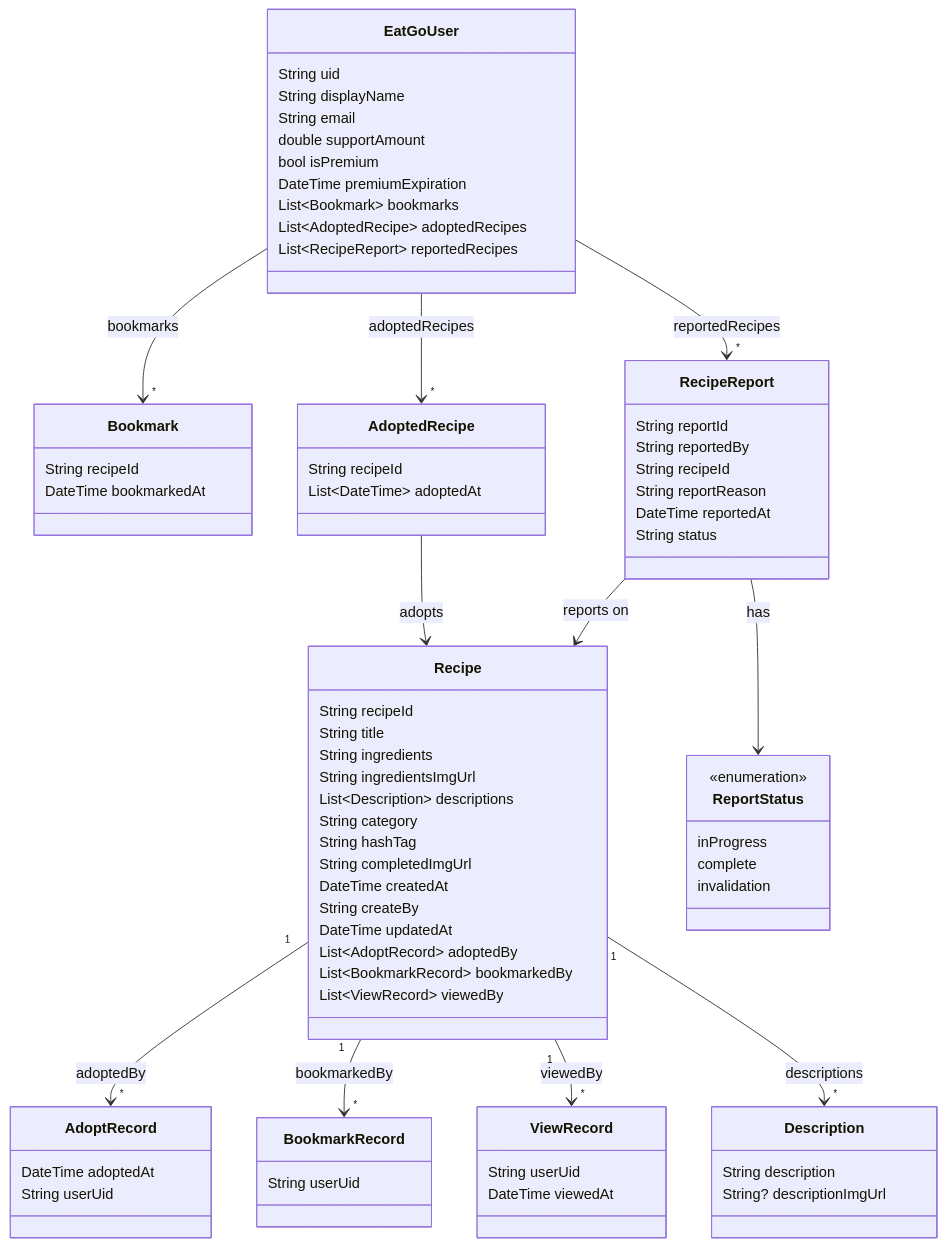
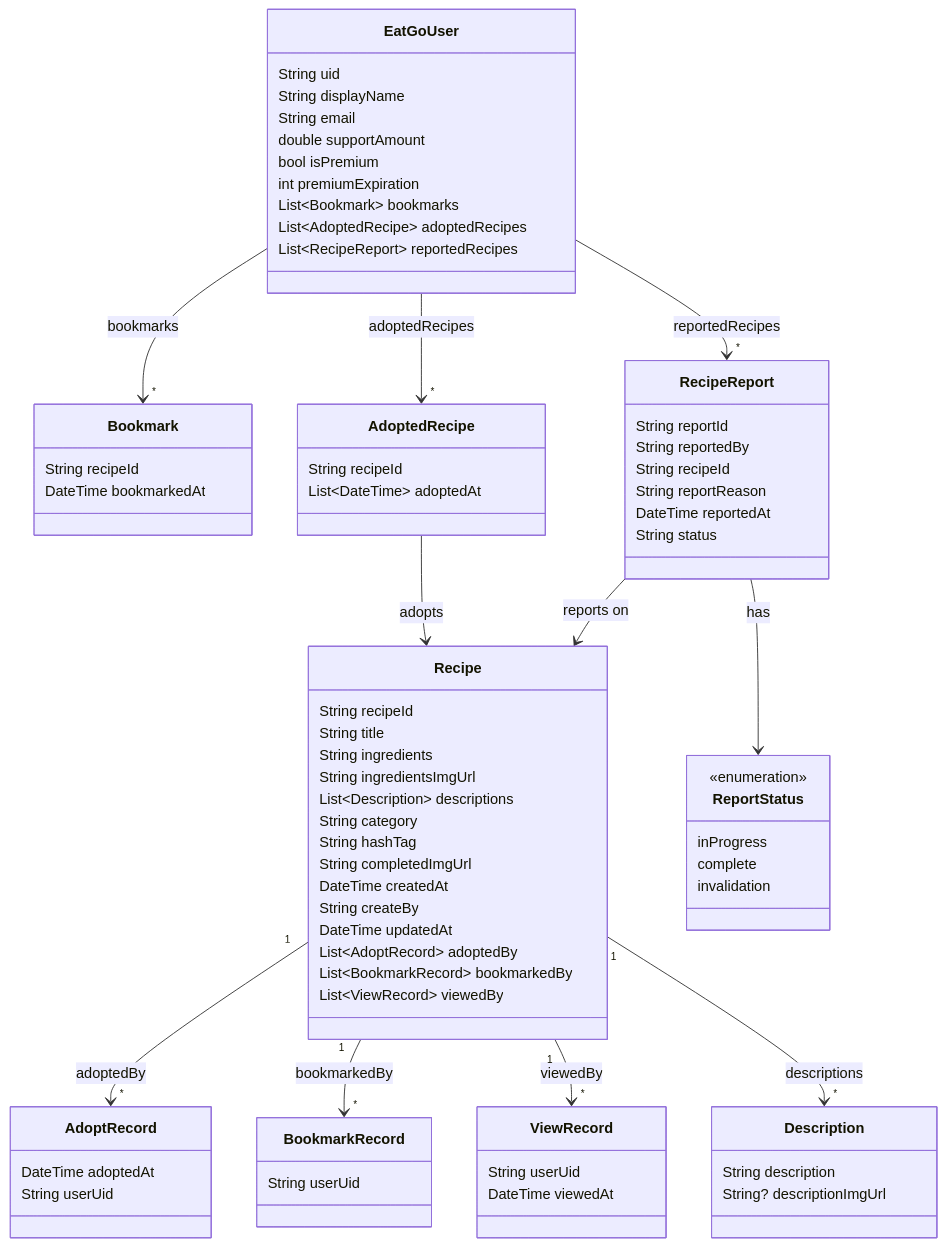
One commit to kangsudal/Eat-Go changed the diagram in README.md. Above: the diagram before and after it, drawn with Mermaid. The commit also changed 9 other files, not shown here.

```diff
--- a/README.md
+++ b/README.md
@@ -115,7 +115,7 @@
         String email
         double supportAmount
         bool isPremium
-        DateTime premiumExpiration
+        int premiumExpiration
         List~Bookmark~ bookmarks
         List~AdoptedRecipe~ adoptedRecipes
         List~RecipeReport~ reportedRecipes
```
